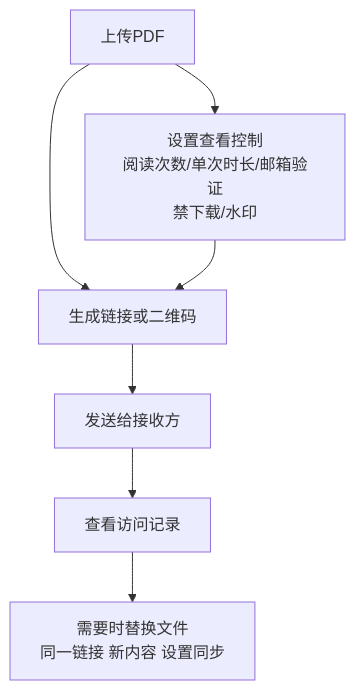
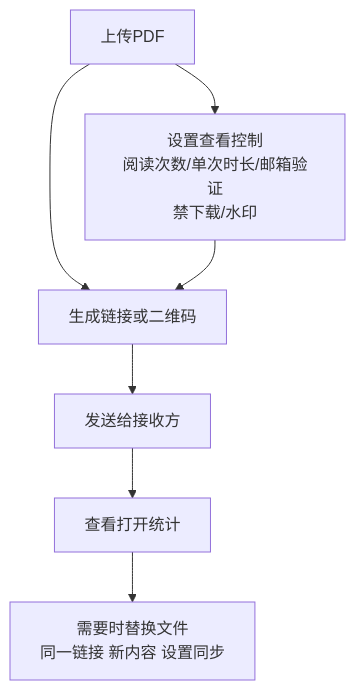
The diagram in src/content/blog/cn/host-pdf-online-secure-sharing-guide.md (mythenigma/cloudflareAstro), drawn with Mermaid before and after one commit. The commit also changed other lines of this file and 353 other files, not shown here.

````diff
--- a/src/content/blog/cn/host-pdf-online-secure-sharing-guide.md
+++ b/src/content/blog/cn/host-pdf-online-secure-sharing-guide.md
@@ -21,9 +21,9 @@
 ```mermaid
 flowchart TB
   A[上传PDF] --> B[生成链接或二维码]
   A --> C[设置查看控制<br/>阅读次数/单次时长/邮箱验证<br/>禁下载/水印]
   C --> B[生成链接或二维码]
   B --> D[发送给接收方]
-  D --> E[查看访问记录]
+  D --> E[查看打开统计]
   E --> F[需要时替换文件<br/>同一链接 新内容 设置同步]
 ```
````
